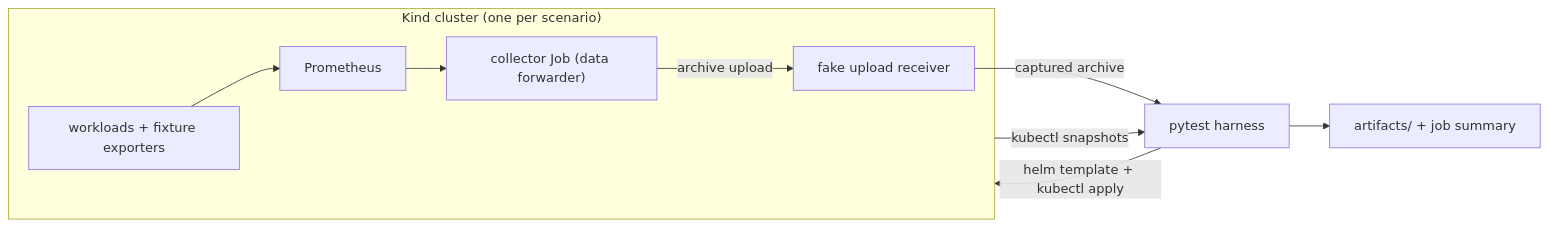
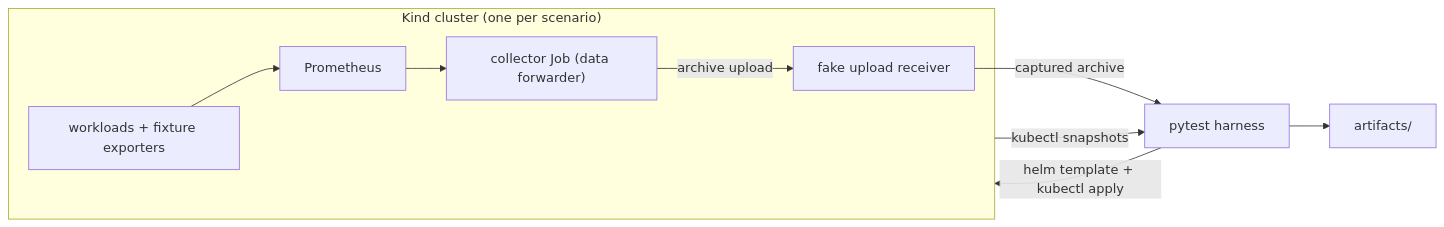
Before and after one commit to densify-dev/kubex-stack-e2e: the diagram in README.md, drawn with Mermaid. The commit also changed other lines of this file and 8 other files, not shown here.

````diff
--- a/README.md
+++ b/README.md
@@ -11,12 +11,12 @@
 ```mermaid
 flowchart LR
   subgraph kind["Kind cluster (one per scenario)"]
     W["workloads + fixture exporters"] --> P["Prometheus"]
     P --> C["collector Job (data forwarder)"]
     C -- "archive upload" --> R["fake upload receiver"]
   end
   H["pytest harness"] -- "helm template + kubectl apply" --> kind
   R -- "captured archive" --> H
   kind -- "kubectl snapshots" --> H
-  H --> A["artifacts/ + job summary"]
+  H --> A["artifacts/"]
 ```
````
